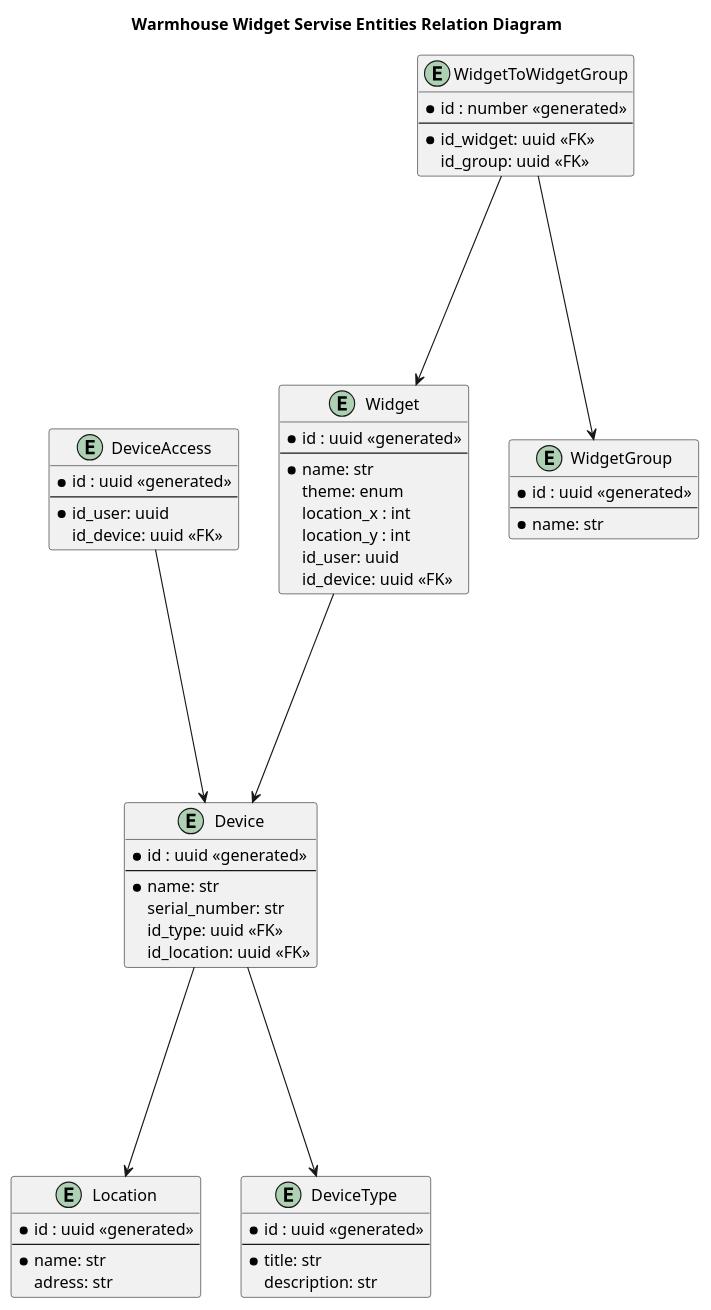
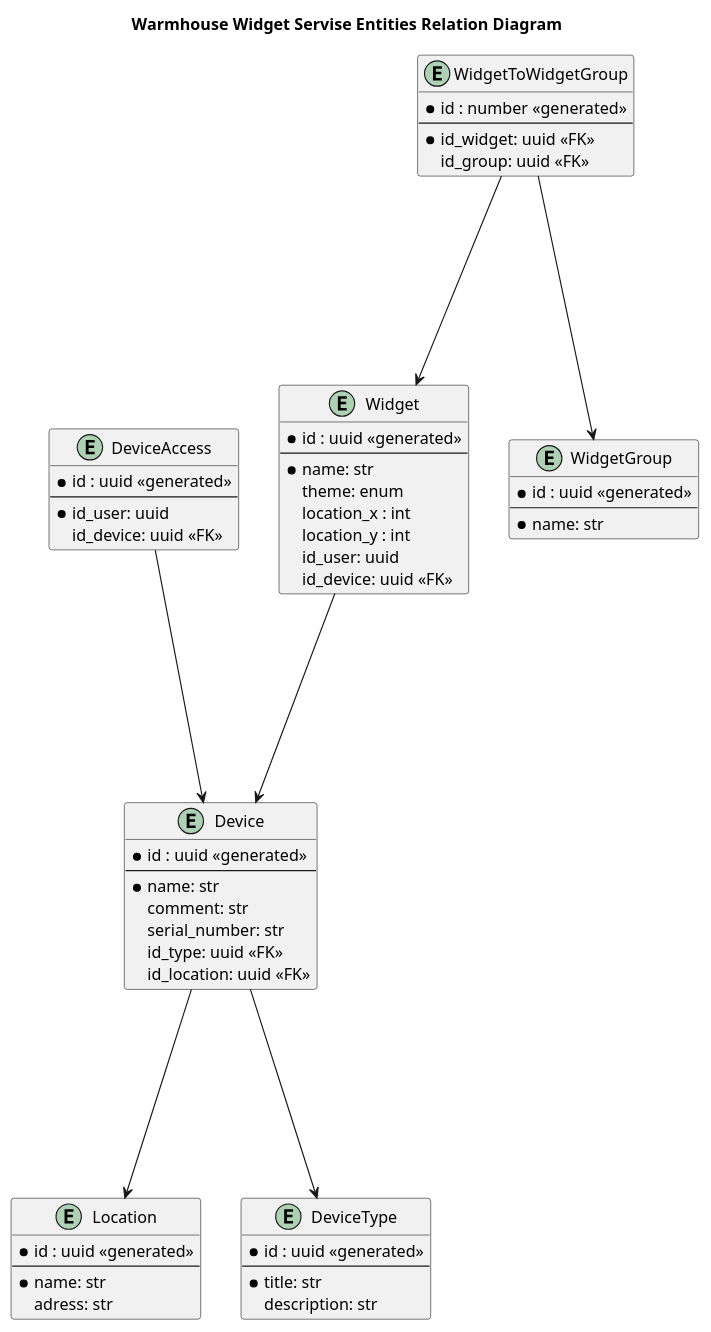
The diagram in dock/4_Entities/warmhouse_entities.puml (AlexanderSkySych/architecture-sprint-3), drawn with PlantUML before and after one commit. The commit also changed 1 other file, not shown here.

```diff
--- a/dock/4_Entities/warmhouse_entities.puml
+++ b/dock/4_Entities/warmhouse_entities.puml
@@ -1,62 +1,63 @@
 title Warmhouse Widget Servise Entities Relation Diagram
 
 entity "Location" as Location {
   *id : uuid <<generated>>
   --
   *name: str
   adress: str
 }
 
 entity "Device" as Device {
   *id : uuid <<generated>>
   --
   *name: str
+  comment: str
   serial_number: str
   id_type: uuid <<FK>>
   id_location: uuid <<FK>>
 }
 
 entity "DeviceType" as DeviceType {
   *id : uuid <<generated>>
   --
   *title: str
   description: str
 }
 
 entity "DeviceAccess" as DeviceAccess {
   *id : uuid <<generated>>
   --
   *id_user: uuid
   id_device: uuid <<FK>>
 }
 
 entity "Widget" as Widget {
   *id : uuid <<generated>>
   --
   *name: str
   theme: enum
   location_x : int
   location_y : int
   id_user: uuid
   id_device: uuid <<FK>>
 }
 
 entity "WidgetToWidgetGroup" as Membership {
   *id : number <<generated>>
   --
   *id_widget: uuid <<FK>>
   id_group: uuid <<FK>>
 }
 
 entity "WidgetGroup" as WidgetGroup {
   *id : uuid <<generated>>
   --
   *name: str
 }
 
 Device ----> Location
 Device ----> DeviceType
 Widget ----> Device
 DeviceAccess ----> Device
 Membership ----> Widget
 Membership ----> WidgetGroup
```
